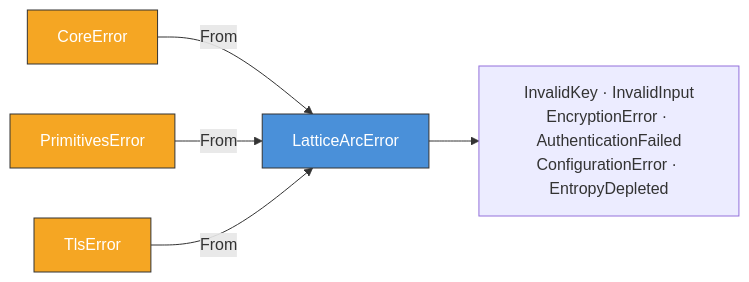
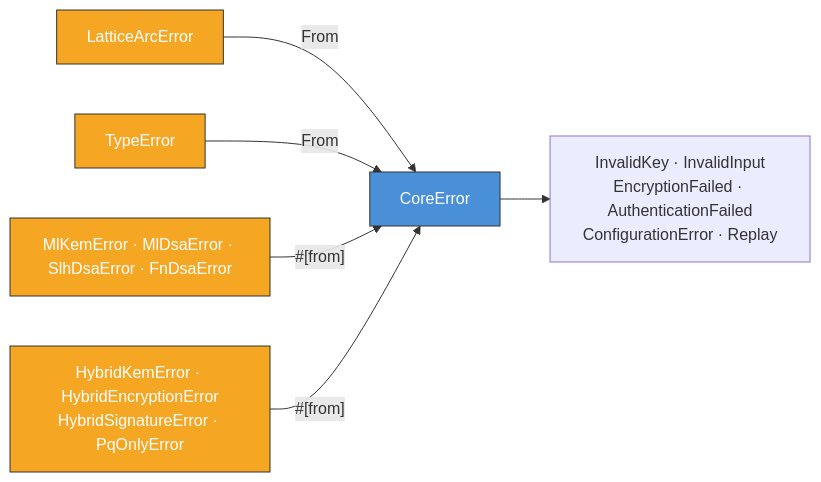
One commit to LatticeArc/latticearc changed the seventh of 8 diagrams in docs/DESIGN.md. Above: the diagram before and after it, drawn with Mermaid. The commit also changed other lines of this file and 92 other files, not shown here.

````diff
--- a/docs/DESIGN.md
+++ b/docs/DESIGN.md
@@ -431,13 +438,14 @@
 ```mermaid
 flowchart LR
-    CORE[CoreError] -->|From| LA[LatticeArcError]
-    PRIM[PrimitivesError] -->|From| LA
-    TLS[TlsError] -->|From| LA
+    LA[LatticeArcError] -->|From| CORE[CoreError]
+    TE[TypeError] -->|From| CORE
+    ALG["MlKemError · MlDsaError · SlhDsaError · FnDsaError"] -->|"#[from]"| CORE
+    HYB["HybridKemError · HybridEncryptionError\nHybridSignatureError · PqOnlyError"] -->|"#[from]"| CORE
 
-    LA --> V["InvalidKey · InvalidInput\nEncryptionError · AuthenticationFailed\nConfigurationError · EntropyDepleted"]
+    CORE --> V["InvalidKey · InvalidInput\nEncryptionFailed · AuthenticationFailed\nConfigurationError · Replay"]
 
     classDef base fill:#4a90d9,stroke:#333,color:#fff
     classDef src fill:#f5a623,stroke:#333,color:#fff
-    class LA base
-    class CORE,PRIM,TLS src
+    class CORE base
+    class LA,TE,ALG,HYB src
 ```
````
